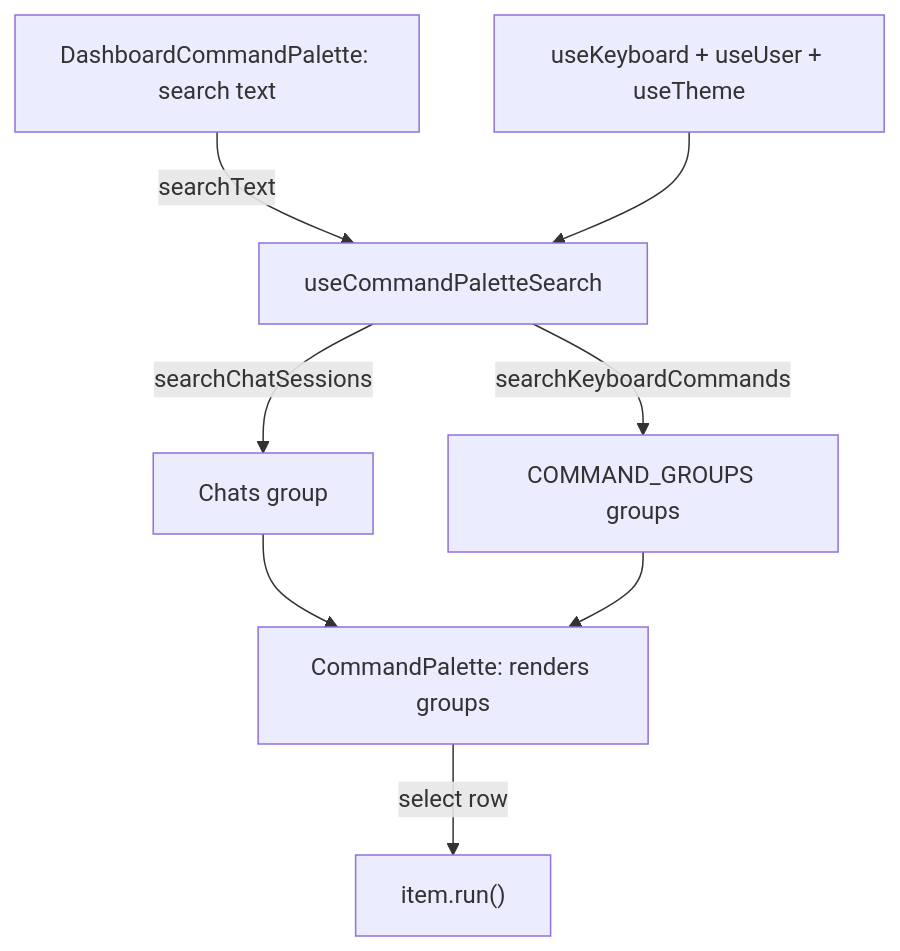
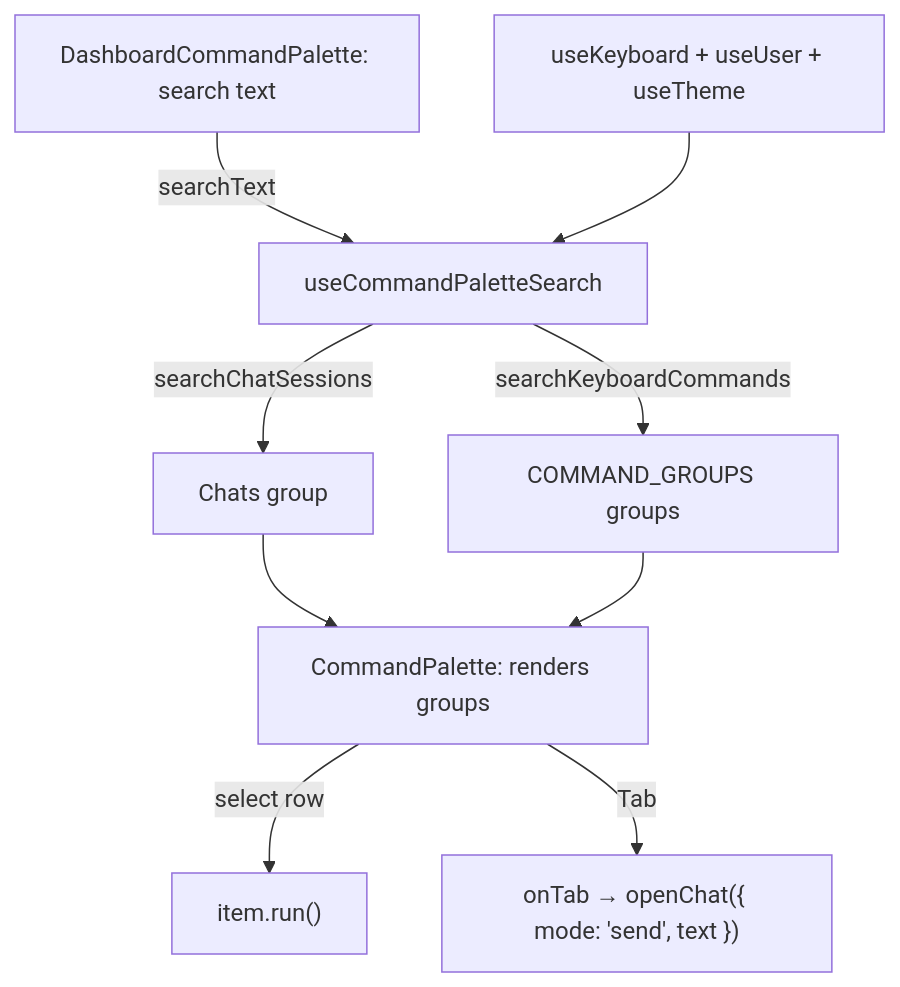
The diagram in docs/command-palette.md (brandon-cercedo/root-next-template), drawn with Mermaid before and after one commit. The commit also changed other lines of this file and 18 other files, not shown here.

First line of the commit message:
feat(RNT-44): send command palette search to a new sidebar chat (#74)

````diff
--- a/docs/command-palette.md
+++ b/docs/command-palette.md
@@ -33,10 +34,11 @@
 ```mermaid
 flowchart TD
   Wrapper["DashboardCommandPalette: search text"] -->|searchText| Hook["useCommandPaletteSearch"]
   Sources["useKeyboard + useUser + useTheme"] --> Hook
   Hook -->|searchChatSessions| Chats["Chats group"]
   Hook -->|searchKeyboardCommands| Commands["COMMAND_GROUPS groups"]
   Chats --> Palette["CommandPalette: renders groups"]
   Commands --> Palette
   Palette -->|select row| Run["item.run()"]
+  Palette -->|Tab| OnTab["onTab → openChat({ mode: 'send', text })"]
 ```
````
